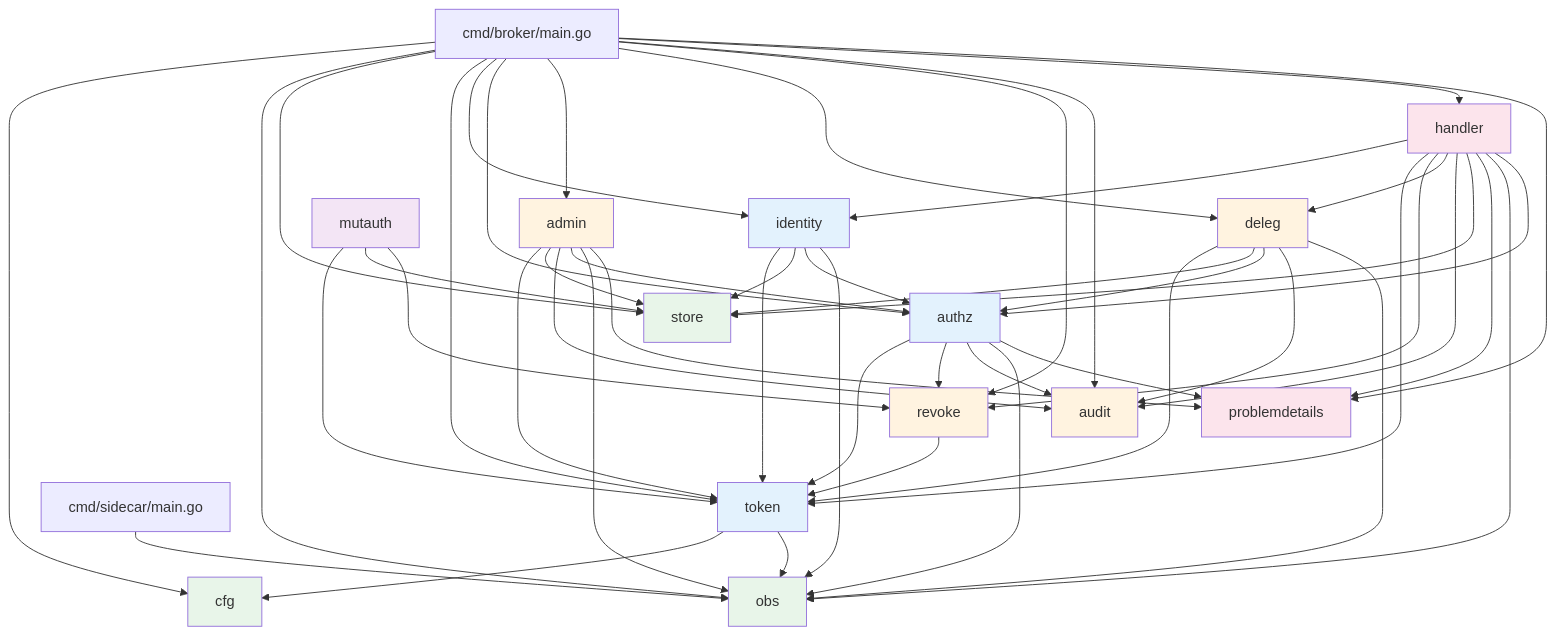
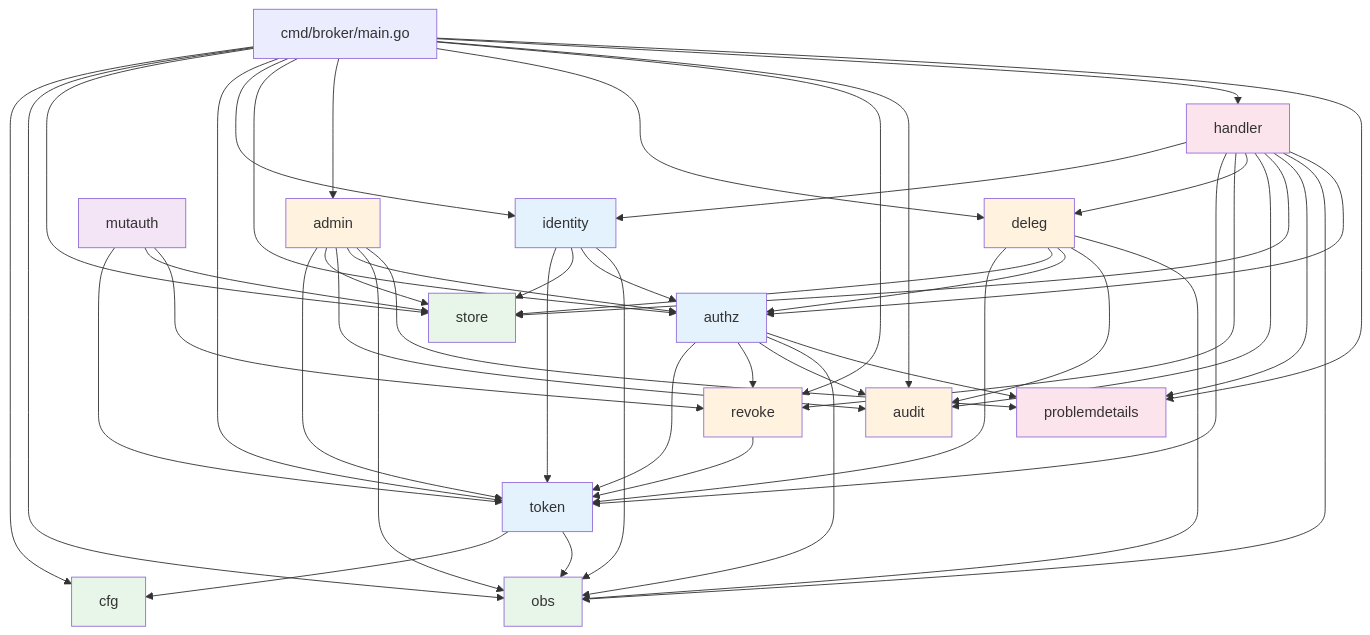
The third of 7 diagrams in docs/architecture.md (devonartis/agentwrit), drawn with Mermaid before and after one commit. The commit also changed other lines of this file and 21 other files, not shown here.

````diff
--- a/docs/architecture.md
+++ b/docs/architecture.md
@@ -157,78 +131,76 @@
 ```mermaid
 flowchart TD
     MAIN_B["cmd/broker/main.go"] --> CFG
     MAIN_B --> OBS
     MAIN_B --> STORE
     MAIN_B --> TOKEN
     MAIN_B --> IDENTITY
     MAIN_B --> AUTHZ
     MAIN_B --> ADMIN
     MAIN_B --> DELEG
     MAIN_B --> REVOKE
     MAIN_B --> AUDIT
     MAIN_B --> HANDLER
     MAIN_B --> PD
-
-    MAIN_S["cmd/sidecar/main.go"] --> OBS
 
     HANDLER["handler"] --> IDENTITY
     HANDLER --> TOKEN
     HANDLER --> REVOKE
     HANDLER --> DELEG
     HANDLER --> AUDIT
     HANDLER --> STORE
     HANDLER --> PD
     HANDLER --> OBS
     HANDLER --> AUTHZ
 
     ADMIN["admin"] --> TOKEN
     ADMIN --> STORE
     ADMIN --> AUDIT
     ADMIN --> AUTHZ
     ADMIN --> OBS
     ADMIN --> PD
 
     IDENTITY["identity"] --> TOKEN
     IDENTITY --> STORE
     IDENTITY --> AUTHZ
     IDENTITY --> OBS
 
     AUTHZ["authz"] --> TOKEN
     AUTHZ --> REVOKE
     AUTHZ --> AUDIT
     AUTHZ --> OBS
     AUTHZ --> PD
 
     DELEG["deleg"] --> TOKEN
     DELEG --> STORE
     DELEG --> AUTHZ
     DELEG --> AUDIT
     DELEG --> OBS
 
     REVOKE["revoke"] --> TOKEN
 
     TOKEN["token"] --> CFG
     TOKEN --> OBS
 
     MUTAUTH["mutauth"] --> TOKEN
     MUTAUTH --> STORE
     MUTAUTH --> REVOKE
 
     PD["problemdetails"]
     CFG["cfg"]
     OBS["obs"]
     STORE["store"]
     AUDIT["audit"]
 
     classDef foundation fill:#e8f5e9
     classDef security fill:#e3f2fd
     classDef domain fill:#fff3e0
     classDef transport fill:#fce4ec
     classDef protocol fill:#f3e5f5
 
     class CFG,OBS,STORE foundation
     class TOKEN,IDENTITY,AUTHZ security
     class ADMIN,DELEG,REVOKE,AUDIT domain
     class HANDLER,PD transport
     class MUTAUTH protocol
 ```
````
